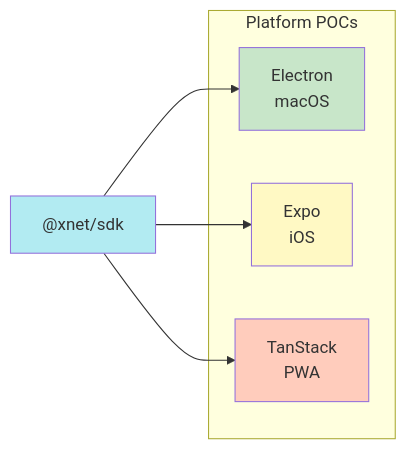
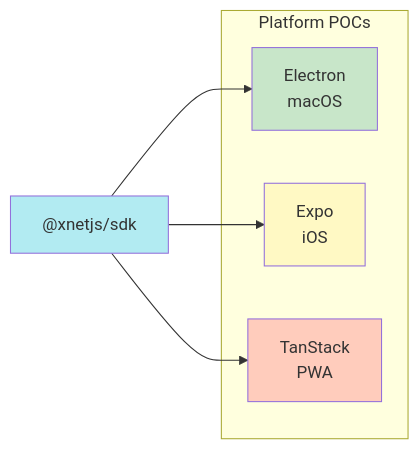
One commit to crs48/xNet changed the sixth of 13 diagrams in docs/plans/plan01MVP/16-timeline.md. Above: the diagram before and after it, drawn with Mermaid. The commit also changed other lines of this file and 980 other files, not shown here.

````diff
--- a/docs/plans/plan01MVP/16-timeline.md
+++ b/docs/plans/plan01MVP/16-timeline.md
@@ -319,19 +319,19 @@
 ```mermaid
 flowchart LR
-    SDK["@xnet/sdk"]
+    SDK["@xnetjs/sdk"]
 
     subgraph "Platform POCs"
         ELECTRON["Electron<br/>macOS"]
         EXPO["Expo<br/>iOS"]
         WEB["TanStack<br/>PWA"]
     end
 
     SDK --> ELECTRON
     SDK --> EXPO
     SDK --> WEB
 
     style SDK fill:#b2ebf2
     style ELECTRON fill:#c8e6c9
     style EXPO fill:#fff9c4
     style WEB fill:#ffccbc
 ```
````
